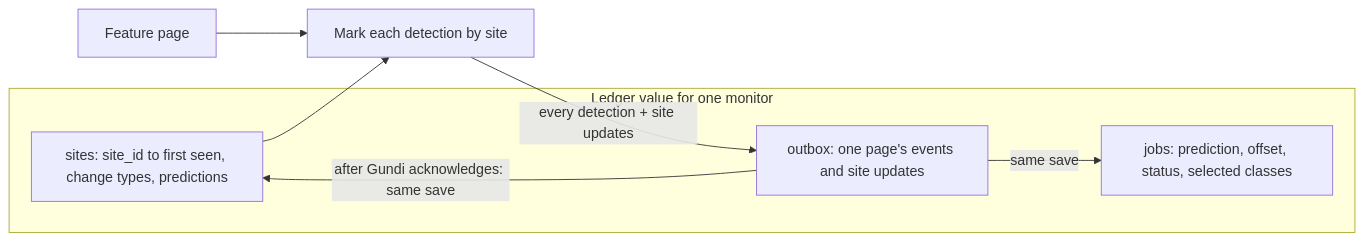
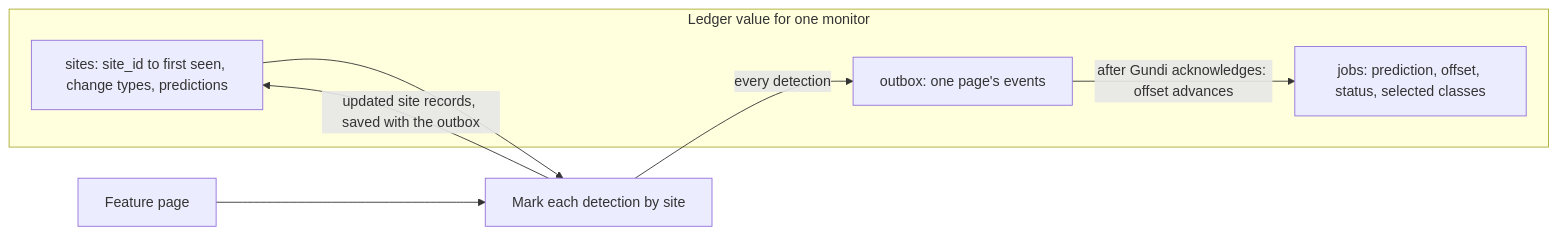
Before and after one commit to PADAS/gundi-integration-olmoearth: the second of 3 diagrams in docs/gundi-earthranger-workflow.md, drawn with Mermaid. The commit also changed other lines of this file and 7 other files, not shown here.

````diff
--- a/docs/gundi-earthranger-workflow.md
+++ b/docs/gundi-earthranger-workflow.md
@@ -66,13 +66,13 @@
 ```mermaid
 flowchart LR
     subgraph Ledger["Ledger value for one monitor"]
         Jobs["jobs: prediction, offset, status, selected classes"]
         Sites["sites: site_id to first seen, change types, predictions"]
-        Outbox["outbox: one page's events and site updates"]
+        Outbox["outbox: one page's events"]
     end
     Page[Feature page] --> Mark[Mark each detection by site]
     Sites --> Mark
-    Mark -->|every detection + site updates| Outbox
-    Outbox -->|after Gundi acknowledges: same save| Sites
-    Outbox -->|same save| Jobs
+    Mark -->|updated site records, saved with the outbox| Sites
+    Mark -->|every detection| Outbox
+    Outbox -->|after Gundi acknowledges: offset advances| Jobs
 ```
````
